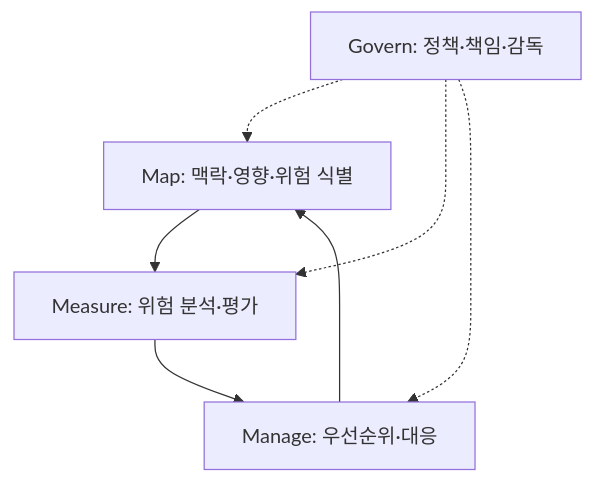
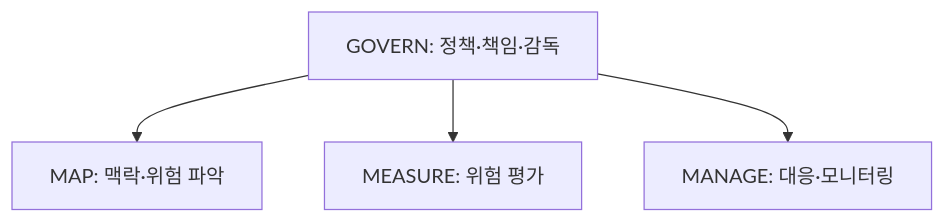
The first of 2 diagrams in src/content/docs/notes/itpe/07-latest-tech/018_ai_risk.md (agnusdei1207/study), drawn with Mermaid before and after one commit. The commit also changed other lines of this file and 27 other files, not shown here.

````diff
--- a/src/content/docs/notes/itpe/07-latest-tech/018_ai_risk.md
+++ b/src/content/docs/notes/itpe/07-latest-tech/018_ai_risk.md
@@ -70,10 +46,6 @@
 ```mermaid
 flowchart TD
-    G[Govern: 정책·책임·감독]
-    M[Map: 맥락·영향·위험 식별] --> E[Measure: 위험 분석·평가]
-    E --> A[Manage: 우선순위·대응]
-    A --> M
-    G -.-> M
-    G -.-> E
-    G -.-> A
+    G[GOVERN: 정책·책임·감독] --> M[MAP: 맥락·위험 파악]
+    G --> E[MEASURE: 위험 평가]
+    G --> A[MANAGE: 대응·모니터링]
 ```
````
